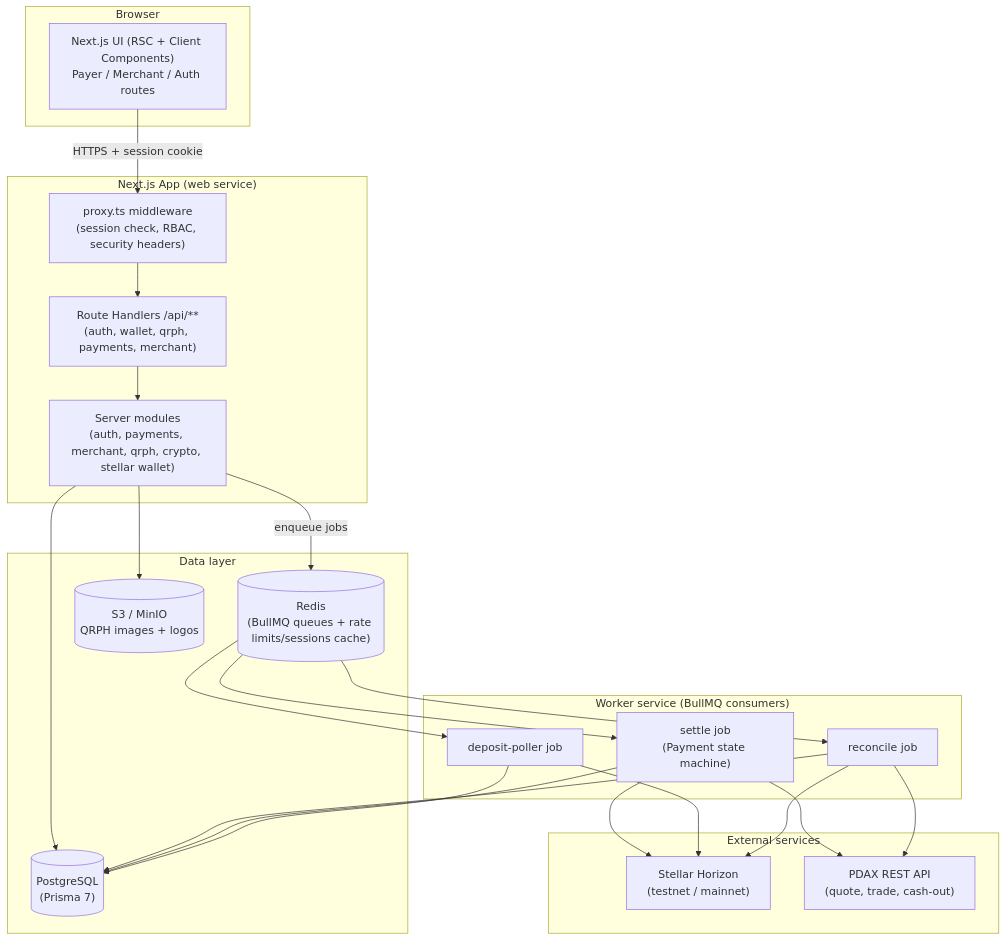
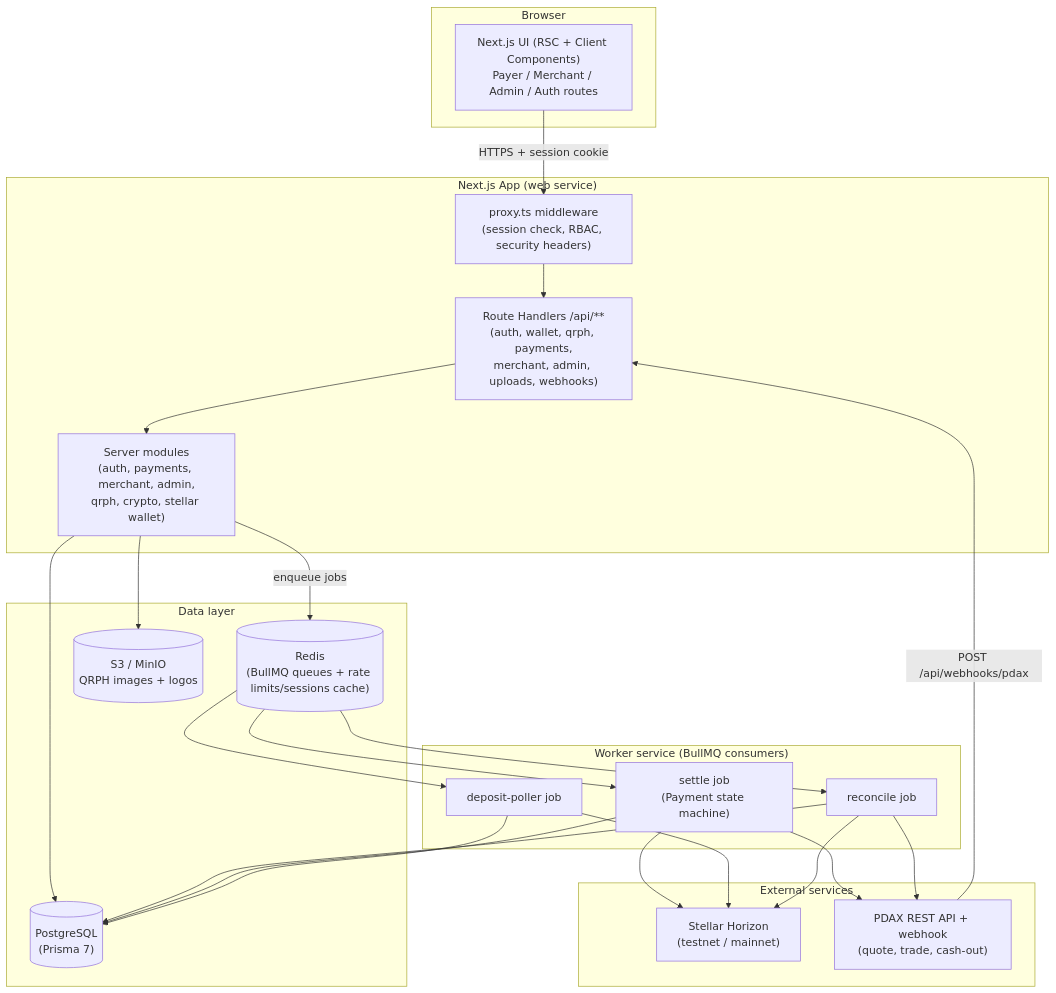
Before and after one commit to artisam-heypay/heypay: the first of 5 diagrams in README.md, drawn with Mermaid. The commit also changed other lines of this file, not shown here.

````diff
--- a/README.md
+++ b/README.md
@@ -74,43 +80,44 @@
 ```mermaid
 flowchart TB
     subgraph Client["Browser"]
-        UI["Next.js UI (RSC + Client Components)\nPayer / Merchant / Auth routes"]
+        UI["Next.js UI (RSC + Client Components)\nPayer / Merchant / Admin / Auth routes"]
     end
 
     subgraph Web["Next.js App (web service)"]
         Proxy["proxy.ts middleware\n(session check, RBAC, security headers)"]
-        API["Route Handlers /api/**\n(auth, wallet, qrph, payments, merchant)"]
-        Server["Server modules\n(auth, payments, merchant, qrph, crypto, stellar wallet)"]
+        API["Route Handlers /api/**\n(auth, wallet, qrph, payments,\nmerchant, admin, uploads, webhooks)"]
+        Server["Server modules\n(auth, payments, merchant, admin,\nqrph, crypto, stellar wallet)"]
     end
 
     subgraph Worker["Worker service (BullMQ consumers)"]
         SettleJob["settle job\n(Payment state machine)"]
         DepositJob["deposit-poller job"]
         ReconcileJob["reconcile job"]
     end
 
     subgraph Data["Data layer"]
         PG[("PostgreSQL\n(Prisma 7)")]
         Redis[("Redis\n(BullMQ queues + rate limits/sessions cache)")]
         S3[("S3 / MinIO\nQRPH images + logos")]
     end
 
     subgraph External["External services"]
         Horizon["Stellar Horizon\n(testnet / mainnet)"]
-        PDAX["PDAX REST API\n(quote, trade, cash-out)"]
+        PDAX["PDAX REST API + webhook\n(quote, trade, cash-out)"]
     end
 
     UI -->|HTTPS + session cookie| Proxy --> API --> Server
     Server --> PG
     Server -->|enqueue jobs| Redis
     Server --> S3
+    PDAX -->|POST /api/webhooks/pdax| API
     Redis --> SettleJob & DepositJob & ReconcileJob
     SettleJob --> Horizon
     SettleJob --> PDAX
     DepositJob --> Horizon
     ReconcileJob --> PG
     ReconcileJob --> Horizon
     ReconcileJob --> PDAX
     SettleJob --> PG
     DepositJob --> PG
 ```
````
